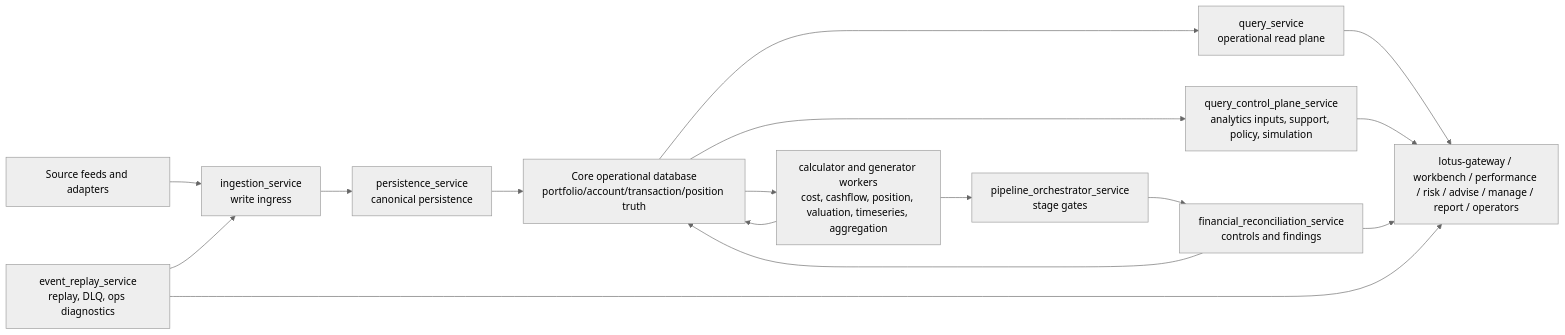
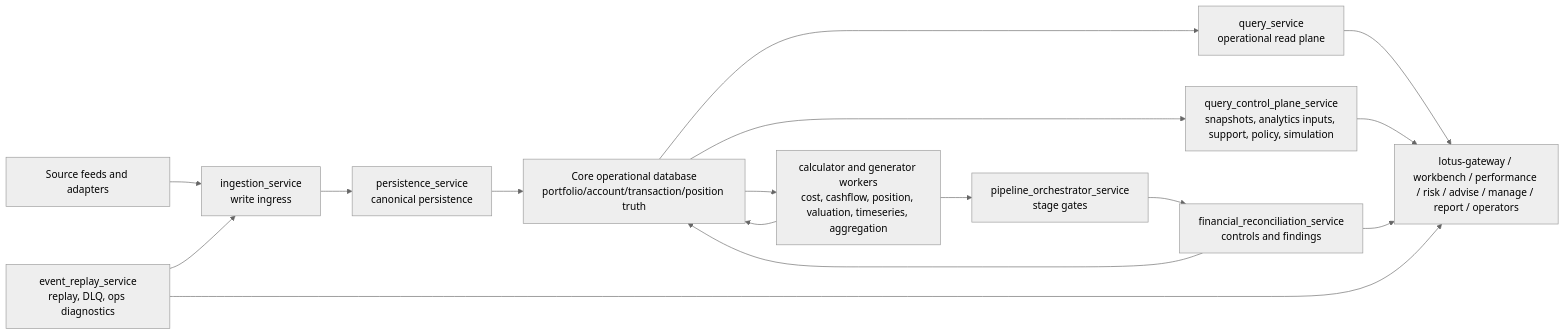
The first of 3 diagrams in docs/architecture/current-state-architecture-map.md (sgajbi/lotus-core), drawn with Mermaid (neutral theme) before and after one commit. The commit also changed other lines of this file and 87 other files, not shown here.

Commit message:
refactor: define control-plane snapshot source boundary

````diff
--- a/docs/architecture/current-state-architecture-map.md
+++ b/docs/architecture/current-state-architecture-map.md
@@ -32,30 +32,30 @@
 ```mermaid
 flowchart LR
     SourceFeeds["Source feeds and adapters"]
     Ingestion["ingestion_service<br/>write ingress"]
     Persistence["persistence_service<br/>canonical persistence"]
     Store["Core operational database<br/>portfolio/account/transaction/position truth"]
     Pipeline["pipeline_orchestrator_service<br/>stage gates"]
     Calculators["calculator and generator workers<br/>cost, cashflow, position, valuation, timeseries, aggregation"]
     Reconciliation["financial_reconciliation_service<br/>controls and findings"]
     Replay["event_replay_service<br/>replay, DLQ, ops diagnostics"]
     Query["query_service<br/>operational read plane"]
-    Qcp["query_control_plane_service<br/>analytics inputs, support, policy, simulation"]
+    Qcp["query_control_plane_service<br/>snapshots, analytics inputs, support, policy, simulation"]
     Consumers["lotus-gateway / workbench / performance / risk / advise / manage / report / operators"]
 
     SourceFeeds --> Ingestion
     Ingestion --> Persistence
     Persistence --> Store
     Store --> Calculators
     Calculators --> Store
     Calculators --> Pipeline
     Pipeline --> Reconciliation
     Reconciliation --> Store
     Store --> Query
     Store --> Qcp
     Replay --> Ingestion
     Query --> Consumers
     Qcp --> Consumers
     Reconciliation --> Consumers
     Replay --> Consumers
 ```
````
